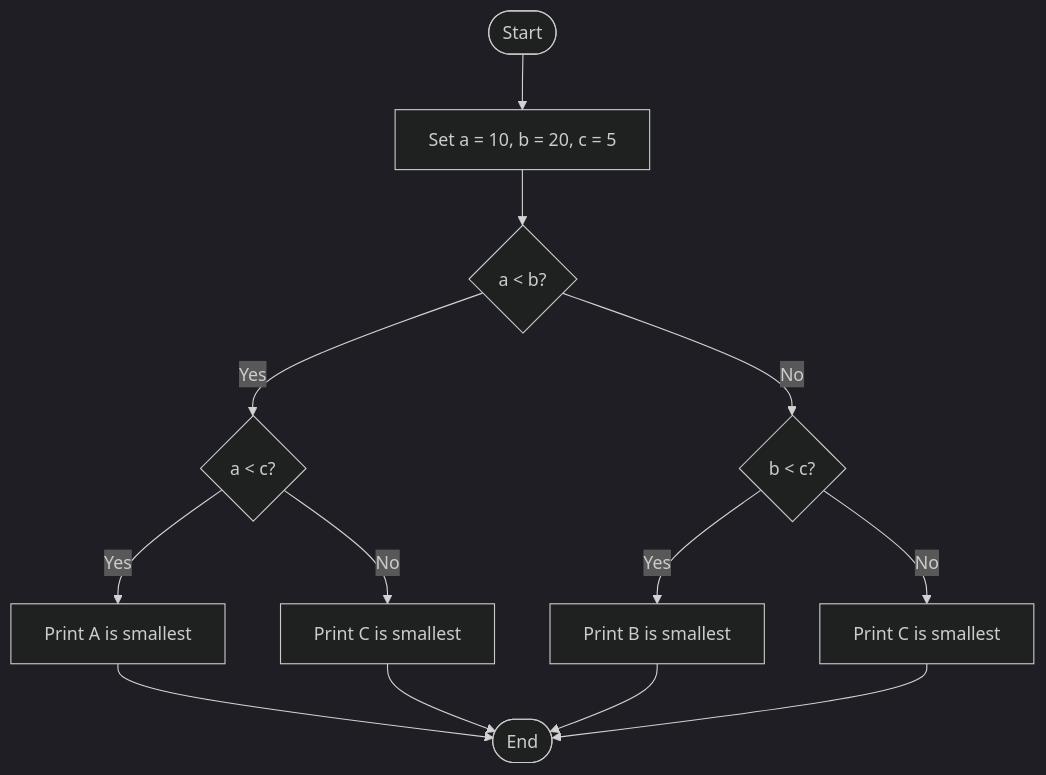
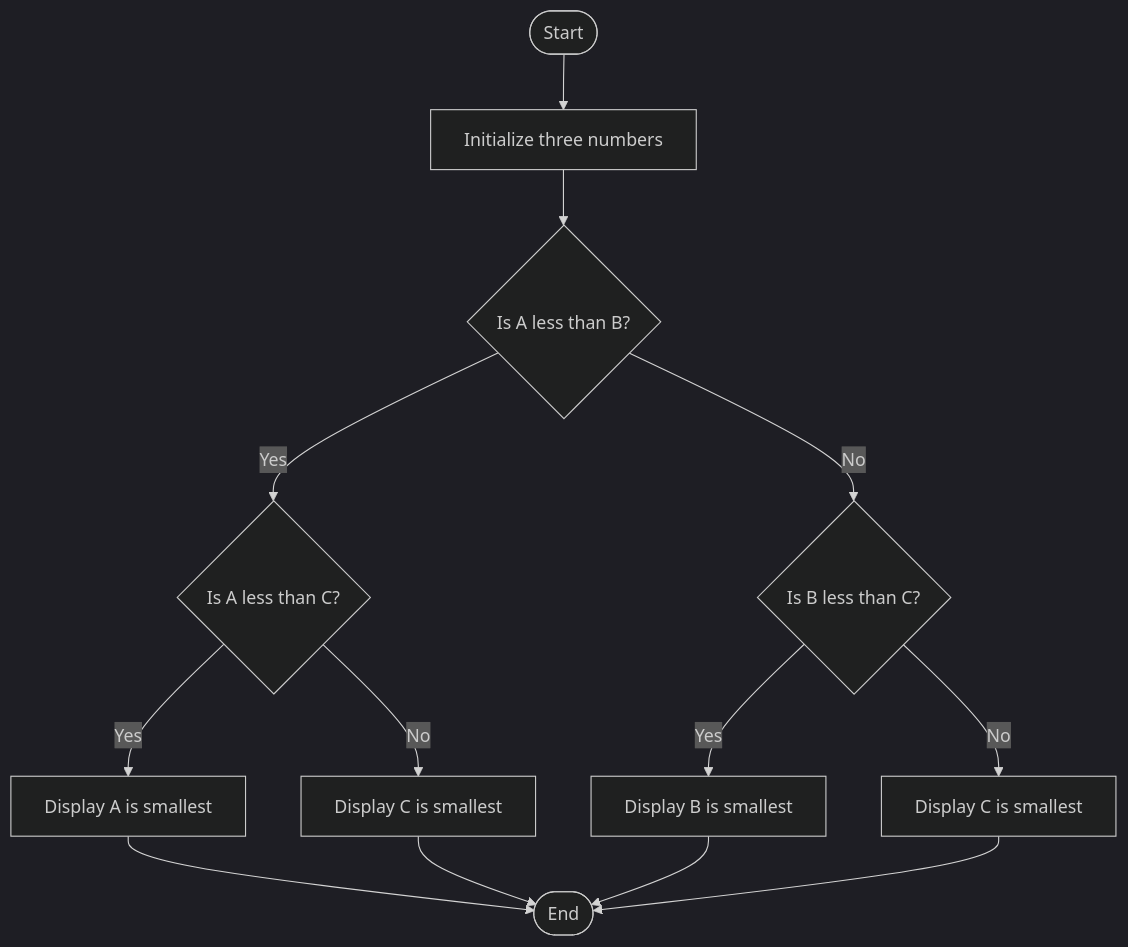
One commit to tonmoy222/C-programming-lab-work-Batch-34 changed the second of 3 diagrams in Lab-11-Nested-if/README.md. Above: the diagram before and after it, drawn with Mermaid (dark theme). The commit also changed other lines of this file, not shown here.

````diff
--- a/Lab-11-Nested-if/README.md
+++ b/Lab-11-Nested-if/README.md
@@ -80,15 +52,15 @@
 ```mermaid
 flowchart TD
-    A([Start]) --> B["Set a = 10, b = 20, c = 5"]
-    B --> C{"a < b?"}
-    C -->|Yes| D{"a < c?"}
-    D -->|Yes| E["Print A is smallest"]
-    D -->|No| F["Print C is smallest"]
-    C -->|No| G{"b < c?"}
-    G -->|Yes| H["Print B is smallest"]
-    G -->|No| I["Print C is smallest"]
+    A([Start]) --> B["Initialize three numbers"]
+    B --> C{"Is A less than B?"}
+    C -->|Yes| D{"Is A less than C?"}
+    D -->|Yes| E["Display A is smallest"]
+    D -->|No| F["Display C is smallest"]
+    C -->|No| G{"Is B less than C?"}
+    G -->|Yes| H["Display B is smallest"]
+    G -->|No| I["Display C is smallest"]
     E --> J([End])
     F --> J
     H --> J
     I --> J
 ```
````
